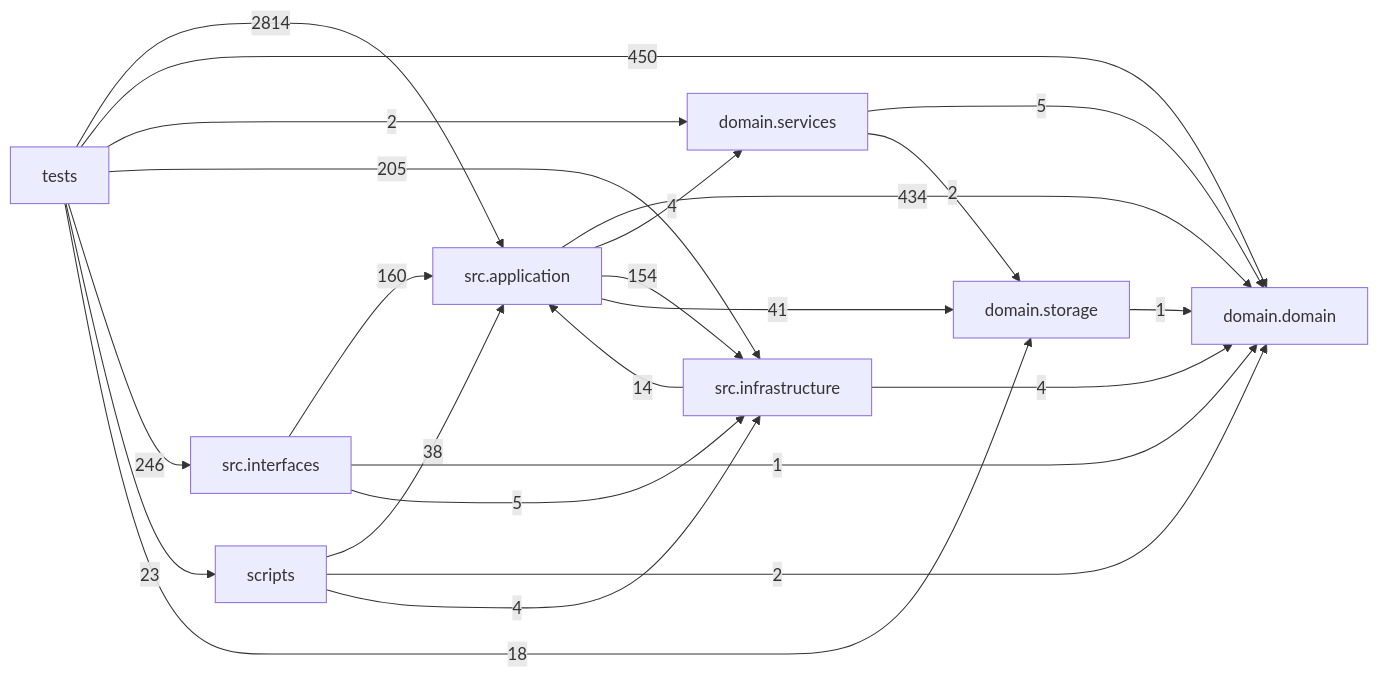
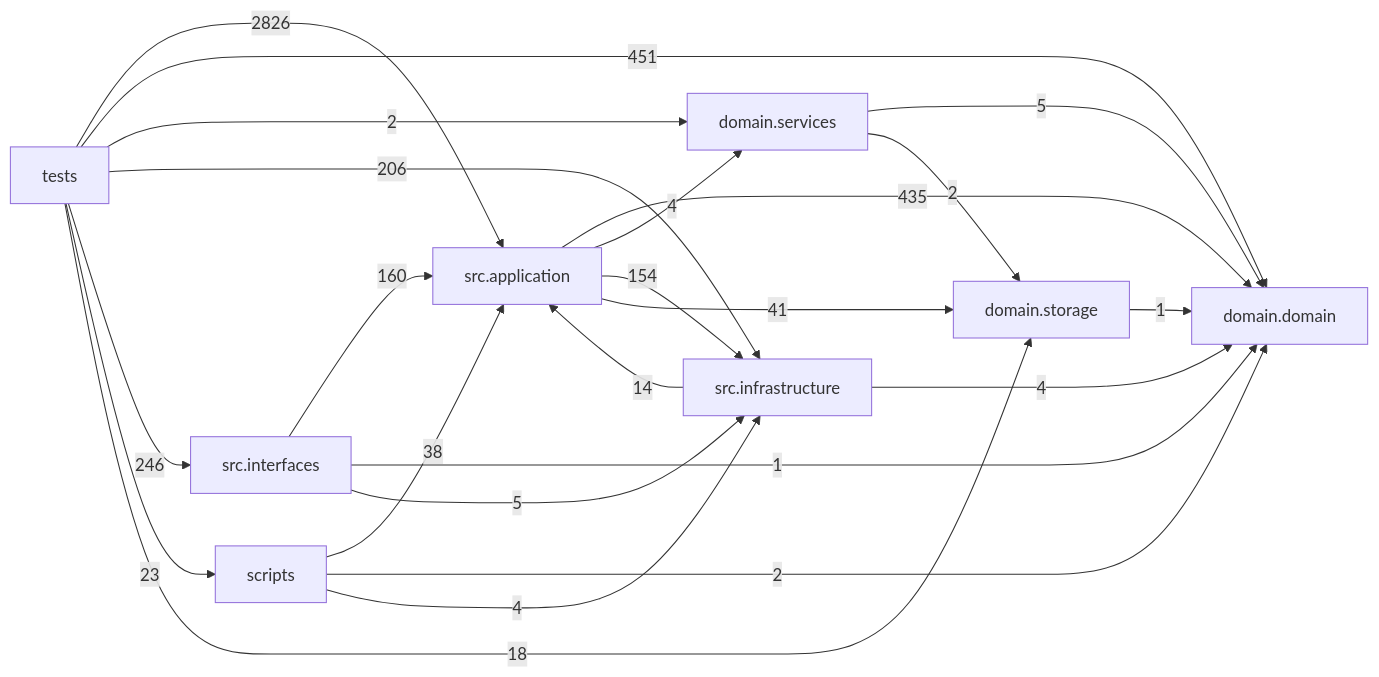
One commit to liuxie066/options-monitor changed the diagram in docs/DEPENDENCY_GRAPH.md. Above: the diagram before and after it, drawn with Mermaid. The commit also changed other lines of this file and 33 other files, not shown here.

````diff
--- a/docs/DEPENDENCY_GRAPH.md
+++ b/docs/DEPENDENCY_GRAPH.md
@@ -24,33 +24,33 @@
 ```mermaid
 flowchart LR
   tests["tests"]
   scripts["scripts"]
   interfaces["src.interfaces"]
   application["src.application"]
   infrastructure["src.infrastructure"]
   domain_services["domain.services"]
   domain["domain.domain"]
   storage["domain.storage"]
-  application -->|434| domain
+  application -->|435| domain
   application -->|4| domain_services
   application -->|154| infrastructure
   application -->|41| storage
   domain_services -->|5| domain
   domain_services -->|2| storage
   infrastructure -->|14| application
   infrastructure -->|4| domain
   interfaces -->|160| application
   interfaces -->|1| domain
   interfaces -->|5| infrastructure
   scripts -->|38| application
   scripts -->|2| domain
   scripts -->|4| infrastructure
   storage -->|1| domain
-  tests -->|2814| application
-  tests -->|450| domain
+  tests -->|2826| application
+  tests -->|451| domain
   tests -->|2| domain_services
-  tests -->|205| infrastructure
+  tests -->|206| infrastructure
   tests -->|246| interfaces
   tests -->|23| scripts
   tests -->|18| storage
 ```
````
